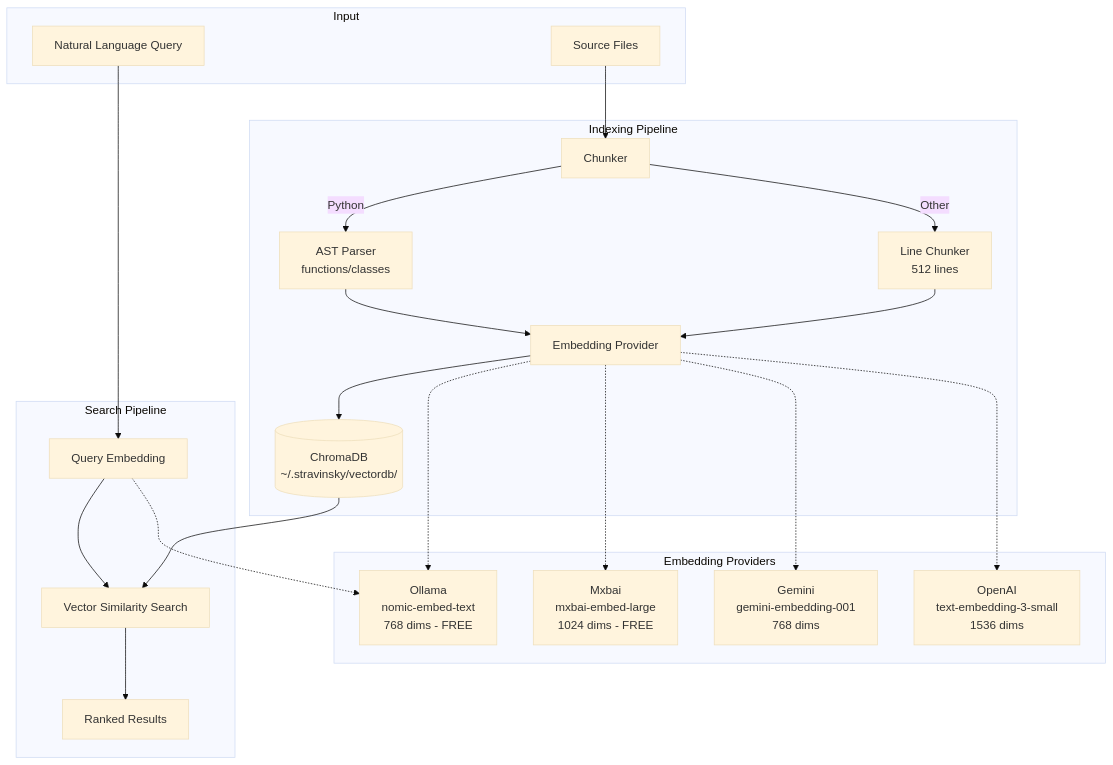
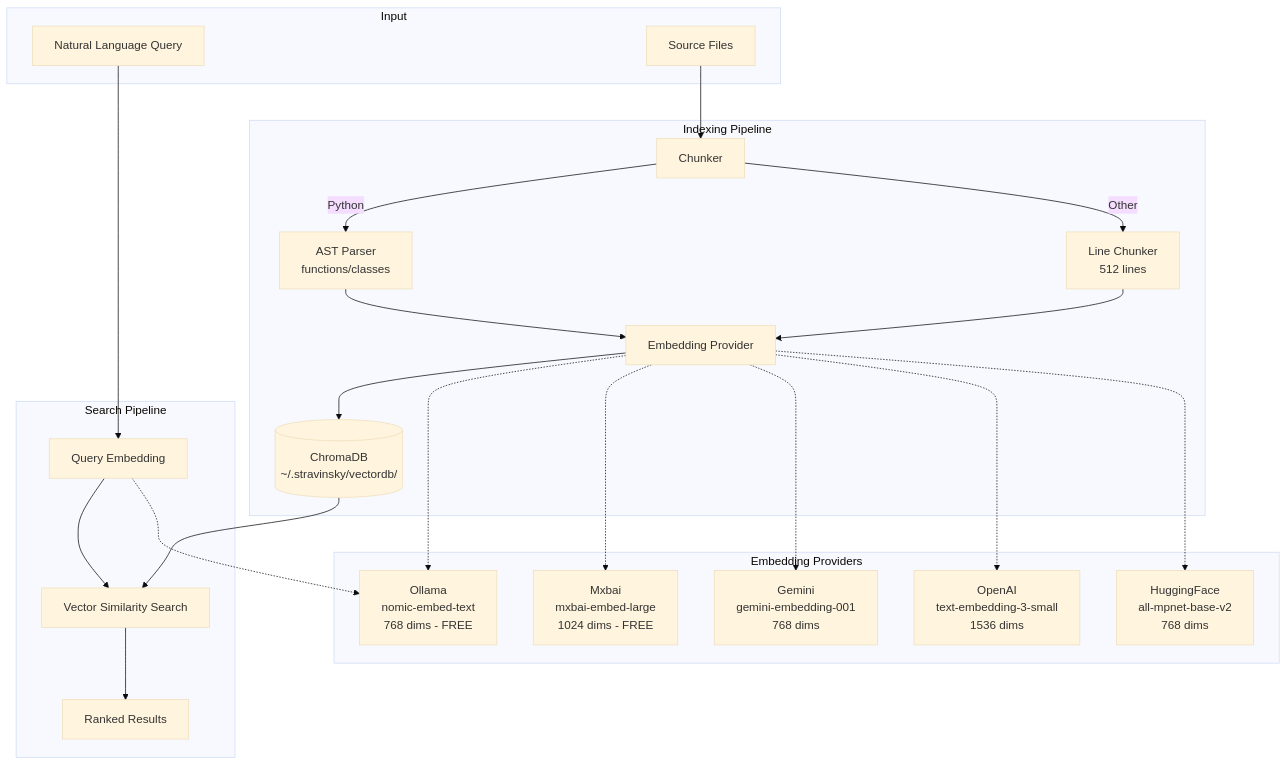
Before and after one commit to GratefulDave/stravinsky: the first of 3 diagrams in docs/guides/SEMANTIC_SEARCH_QUICK_START.md, drawn with Mermaid (base theme). The commit also changed other lines of this file and 30 other files, not shown here.

First line of the commit message:
docs: comprehensive architecture documentation update for 7-Phase Orchestrator

````diff
--- a/docs/guides/SEMANTIC_SEARCH_QUICK_START.md
+++ b/docs/guides/SEMANTIC_SEARCH_QUICK_START.md
@@ -7,36 +7,38 @@
 ```mermaid
 flowchart TB
     subgraph "Input"
         Q[Natural Language Query]
         SF[Source Files]
     end
 
     subgraph "Indexing Pipeline"
         SF --> CHUNK[Chunker]
         CHUNK -->|Python| AST[AST Parser<br/>functions/classes]
         CHUNK -->|Other| LN[Line Chunker<br/>512 lines]
         AST --> EMB[Embedding Provider]
         LN --> EMB
         EMB --> DB[(ChromaDB<br/>~/.stravinsky/vectordb/)]
     end
 
     subgraph "Search Pipeline"
         Q --> QE[Query Embedding]
         QE --> VS[Vector Similarity Search]
         DB --> VS
         VS --> RANK[Ranked Results]
     end
 
     subgraph "Embedding Providers"
         OL[Ollama<br/>nomic-embed-text<br/>768 dims - FREE]
         MX[Mxbai<br/>mxbai-embed-large<br/>1024 dims - FREE]
         GE[Gemini<br/>gemini-embedding-001<br/>768 dims]
         OP[OpenAI<br/>text-embedding-3-small<br/>1536 dims]
+        HF[HuggingFace<br/>all-mpnet-base-v2<br/>768 dims]
     end
 
     EMB -.-> OL
     EMB -.-> MX
     EMB -.-> GE
     EMB -.-> OP
+    EMB -.-> HF
     QE -.-> OL
 ```
````
